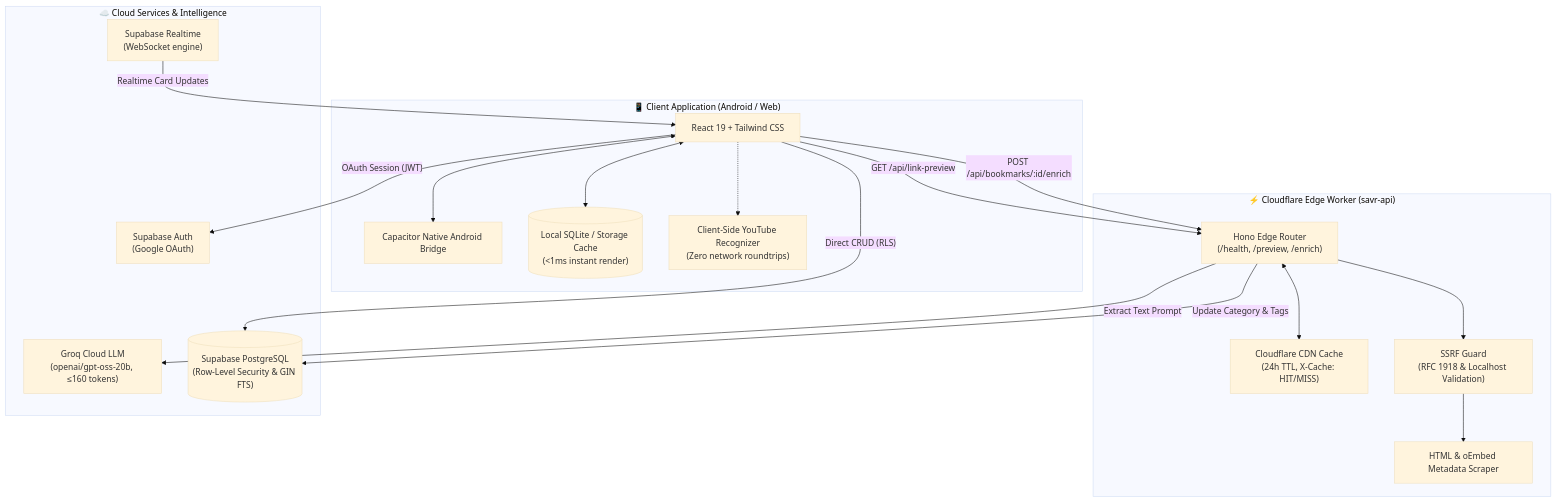
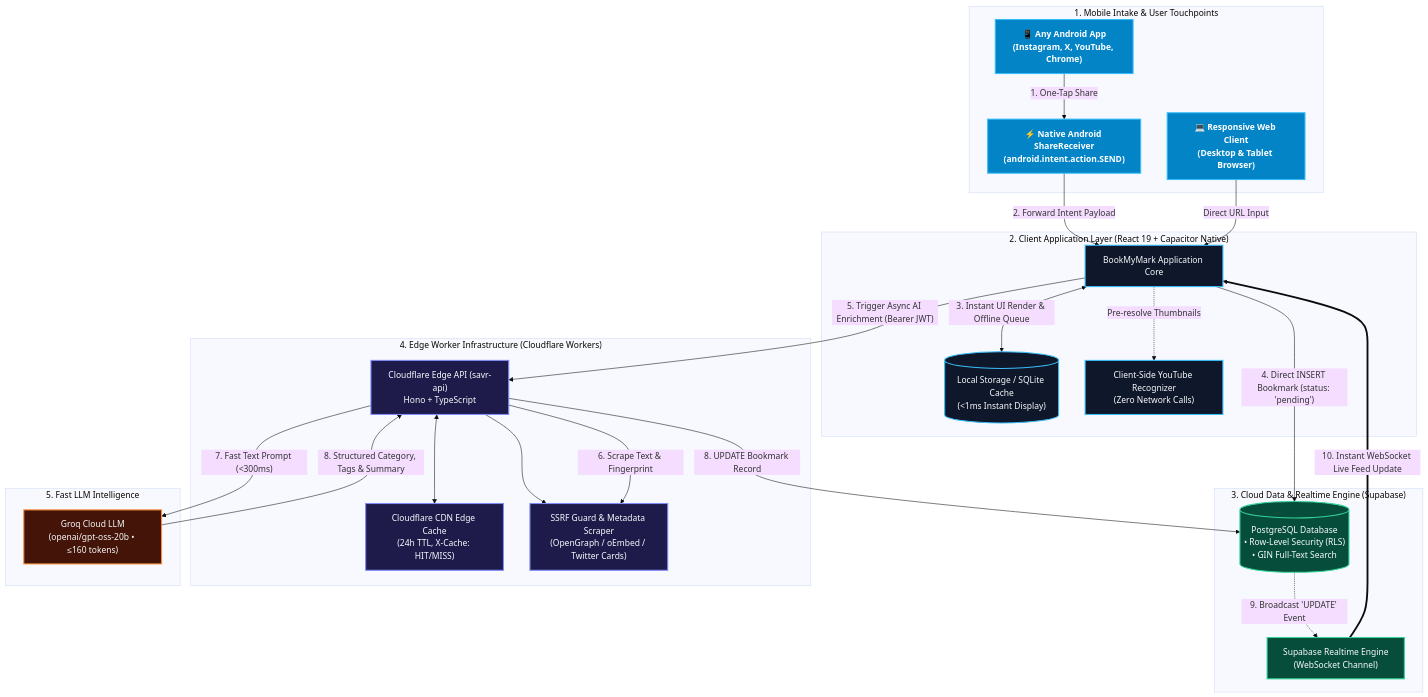
The diagram in README.md (Pruthviraj141/BookMyMark), drawn with Mermaid (base theme) before and after one commit. The commit also changed other lines of this file and 1 other file, not shown here.

Commit message:
docs: add unified system architecture diagram and theme-resilient banner

````diff
--- a/README.md
+++ b/README.md
@@ -59,39 +60,65 @@
 ```mermaid
-flowchart TB
-    subgraph Client ["📱 Client Application (Android / Web)"]
-        UI["React 19 + Tailwind CSS"]
-        Capacitor["Capacitor Native Android Bridge"]
-        Cache[("Local SQLite / Storage Cache\n(<1ms instant render)")]
-        YT["Client-Side YouTube Recognizer\n(Zero network roundtrips)"]
+flowchart TD
+    %% ─── STYLING & CLASSES ───
+    classDef intake fill:#0284c7,stroke:#38bdf8,stroke-width:2px,color:#ffffff,font-weight:bold
+    classDef client fill:#0f172a,stroke:#38bdf8,stroke-width:2px,color:#f8fafc
+    classDef edge fill:#1e1b4b,stroke:#818cf8,stroke-width:2px,color:#f8fafc
+    classDef supabase fill:#064e3b,stroke:#34d399,stroke-width:2px,color:#f8fafc
+    classDef ai fill:#431407,stroke:#fb923c,stroke-width:2px,color:#f8fafc
+
+    %% ─── 1. INTAKE ───
+    subgraph S1 ["1. Mobile Intake & User Touchpoints"]
+        Share["📱 Any Android App\n(Instagram, X, YouTube, Chrome)"]
+        NativeSheet["⚡ Native Android ShareReceiver\n(android.intent.action.SEND)"]
+        WebUI["💻 Responsive Web Client\n(Desktop & Tablet Browser)"]
+        Share -->|"1. One-Tap Share"| NativeSheet
     end
 
-    subgraph Edge ["⚡ Cloudflare Edge Worker (savr-api)"]
-        WorkerRouter["Hono Edge Router\n(/health, /preview, /enrich)"]
-        EdgeCache["Cloudflare CDN Cache\n(24h TTL, X-Cache: HIT/MISS)"]
-        Scraper["HTML & oEmbed Metadata Scraper"]
-        SSRF["SSRF Guard\n(RFC 1918 & Localhost Validation)"]
+    %% ─── 2. CLIENT CORE ───
+    subgraph S2 ["2. Client Application Layer (React 19 + Capacitor Native)"]
+        AppCore["BookMyMark Application Core"]
+        LocalCache[("Local Storage / SQLite Cache\n(<1ms Instant Display)")]
+        YTParser["Client-Side YouTube Recognizer\n(Zero Network Calls)"]
+        
+        NativeSheet -->|"2. Forward Intent Payload"| AppCore
+        WebUI -->|"Direct URL Input"| AppCore
+        AppCore <-->|"3. Instant UI Render & Offline Queue"| LocalCache
+        AppCore -.->|"Pre-resolve Thumbnails"| YTParser
     end
 
-    subgraph Cloud ["☁️ Cloud Services & Intelligence"]
-        Groq["Groq Cloud LLM\n(openai/gpt-oss-20b, ≤160 tokens)"]
-        SupabaseDB[("Supabase PostgreSQL\n(Row-Level Security & GIN FTS)")]
-        SupabaseAuth["Supabase Auth\n(Google OAuth)"]
-        SupabaseRT["Supabase Realtime\n(WebSocket engine)"]
+    %% ─── 3. SUPABASE CLOUD ───
+    subgraph S3 ["3. Cloud Data & Realtime Engine (Supabase)"]
+        PostgresDB[("PostgreSQL Database\n• Row-Level Security (RLS)\n• GIN Full-Text Search")]
+        RealtimeEngine["Supabase Realtime Engine\n(WebSocket Channel)"]
+        PostgresDB -.->|"9. Broadcast 'UPDATE' Event"| RealtimeEngine
     end
 
-    UI <--> Capacitor
-    UI <--> Cache
-    UI -.-> YT
+    %% ─── 4. EDGE WORKER ───
+    subgraph S4 ["4. Edge Worker Infrastructure (Cloudflare Workers)"]
+        Worker["Cloudflare Edge API (savr-api)\nHono + TypeScript"]
+        EdgeCache["Cloudflare CDN Edge Cache\n(24h TTL, X-Cache: HIT/MISS)"]
+        SSRF["SSRF Guard & Metadata Scraper\n(OpenGraph / oEmbed / Twitter Cards)"]
+        Worker <--> EdgeCache
+        Worker --> SSRF
+    end
 
-    UI -->|"Direct CRUD (RLS)"| SupabaseDB
-    UI -->|"OAuth Session (JWT)"| SupabaseAuth
-    SupabaseRT -->|"Realtime Card Updates"| UI
+    %% ─── 5. GROQ AI ───
+    subgraph S5 ["5. Fast LLM Intelligence"]
+        GroqCloud["Groq Cloud LLM\n(openai/gpt-oss-20b • ≤160 tokens)"]
+    end
 
-    UI -->|"GET /api/link-preview"| WorkerRouter
-    UI -->|"POST /api/bookmarks/:id/enrich"| WorkerRouter
+    %% ─── END-TO-END FLOW ARROWS ───
+    AppCore -->|"4. Direct INSERT Bookmark (status: 'pending')"| PostgresDB
+    AppCore -->|"5. Trigger Async AI Enrichment (Bearer JWT)"| Worker
+    Worker -->|"6. Scrape Text & Fingerprint"| SSRF
+    Worker -->|"7. Fast Text Prompt (<300ms)"| GroqCloud
+    GroqCloud -->|"8. Structured Category, Tags & Summary"| Worker
+    Worker -->|"8. UPDATE Bookmark Record"| PostgresDB
+    RealtimeEngine ==>|"10. Instant WebSocket Live Feed Update"| AppCore
 
-    WorkerRouter <--> EdgeCache
-    WorkerRouter --> SSRF --> Scraper
-    WorkerRouter -->|"Extract Text Prompt"| Groq
-    WorkerRouter -->|"Update Category & Tags"| SupabaseDB
+    class Share,NativeSheet,WebUI intake
+    class AppCore,LocalCache,YTParser client
+    class Worker,EdgeCache,SSRF edge
+    class PostgresDB,RealtimeEngine supabase
+    class GroqCloud ai
 ```
````
